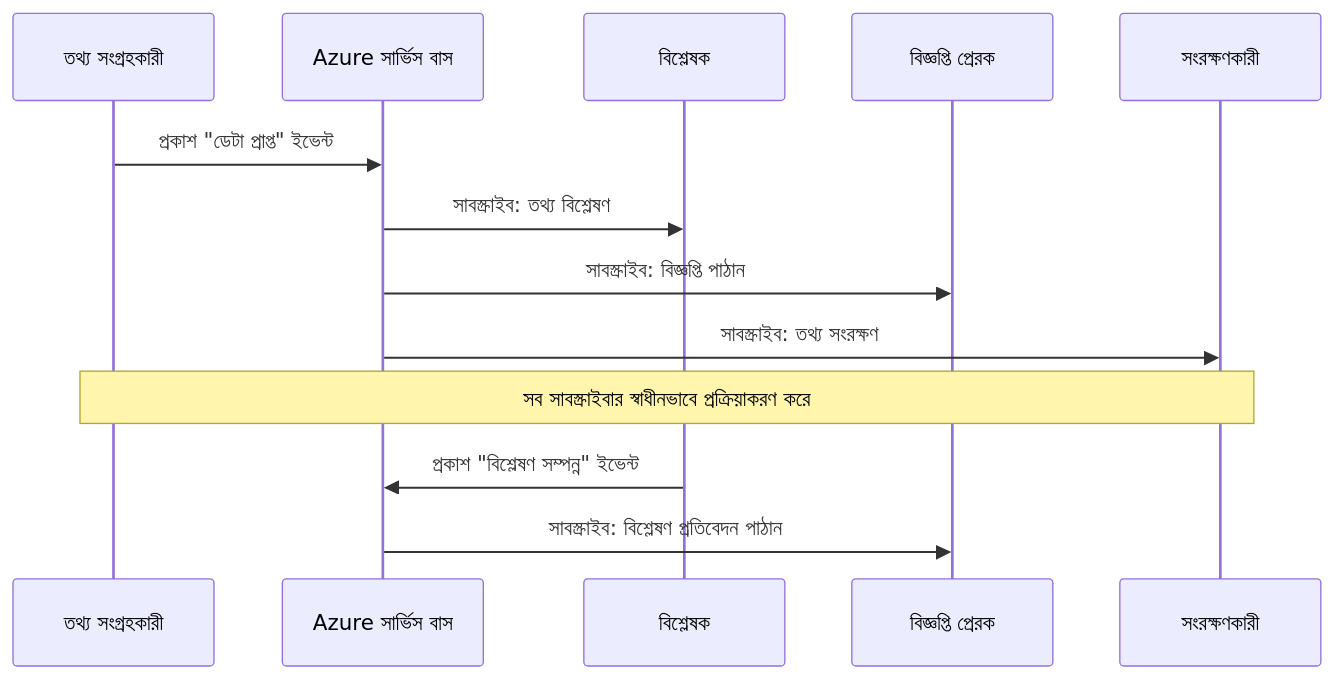
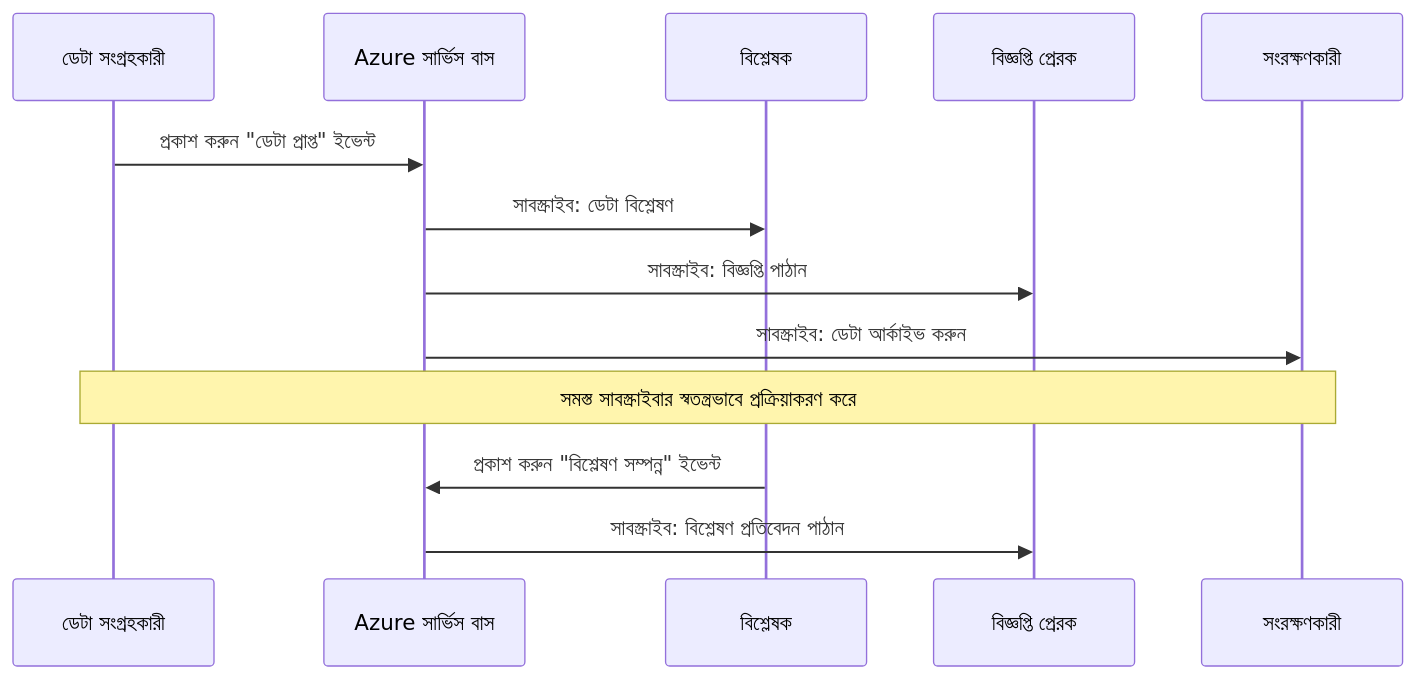
One commit to microsoft/AZD-for-beginners changed the fourth of 6 diagrams in translations/bn/docs/chapter-06-pre-deployment/coordination-patterns.md. Above: the diagram before and after it, drawn with Mermaid. The commit also changed other lines of this file and 101 other files, not shown here.

````diff
--- a/translations/bn/docs/chapter-06-pre-deployment/coordination-patterns.md
+++ b/translations/bn/docs/chapter-06-pre-deployment/coordination-patterns.md
@@ -191,18 +185,18 @@
 ```mermaid
 sequenceDiagram
-    participant Agent1 as তথ্য সংগ্রহকারী
+    participant Agent1 as ডেটা সংগ্রহকারী
     participant EventBus as Azure সার্ভিস বাস
     participant Agent2 as বিশ্লেষক
     participant Agent3 as বিজ্ঞপ্তি প্রেরক
     participant Agent4 as সংরক্ষণকারী
     
-    Agent1->>EventBus: প্রকাশ "ডেটা প্রাপ্ত" ইভেন্ট
-    EventBus->>Agent2: সাবস্ক্রাইব: তথ্য বিশ্লেষণ
+    Agent1->>EventBus: প্রকাশ করুন "ডেটা প্রাপ্ত" ইভেন্ট
+    EventBus->>Agent2: সাবস্ক্রাইব: ডেটা বিশ্লেষণ
     EventBus->>Agent3: সাবস্ক্রাইব: বিজ্ঞপ্তি পাঠান
-    EventBus->>Agent4: সাবস্ক্রাইব: তথ্য সংরক্ষণ
+    EventBus->>Agent4: সাবস্ক্রাইব: ডেটা আর্কাইভ করুন
     
-    Note over Agent1,Agent4: সব সাবস্ক্রাইবার স্বাধীনভাবে প্রক্রিয়াকরণ করে
+    Note over Agent1,Agent4: সমস্ত সাবস্ক্রাইবার স্বতন্ত্রভাবে প্রক্রিয়াকরণ করে
     
-    Agent2->>EventBus: প্রকাশ "বিশ্লেষণ সম্পন্ন" ইভেন্ট
+    Agent2->>EventBus: প্রকাশ করুন "বিশ্লেষণ সম্পন্ন" ইভেন্ট
     EventBus->>Agent3: সাবস্ক্রাইব: বিশ্লেষণ প্রতিবেদন পাঠান
 ```
````
